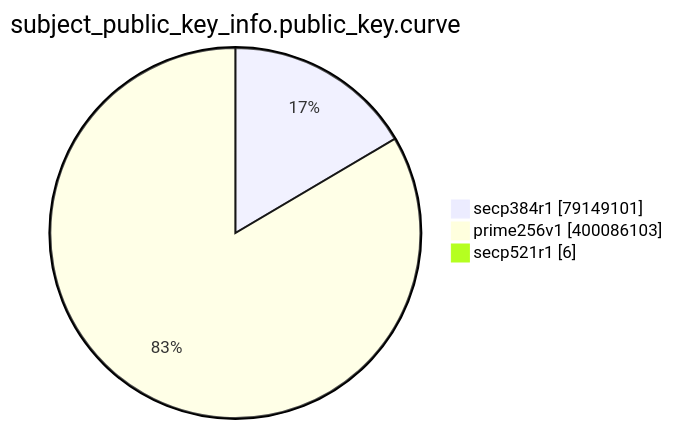
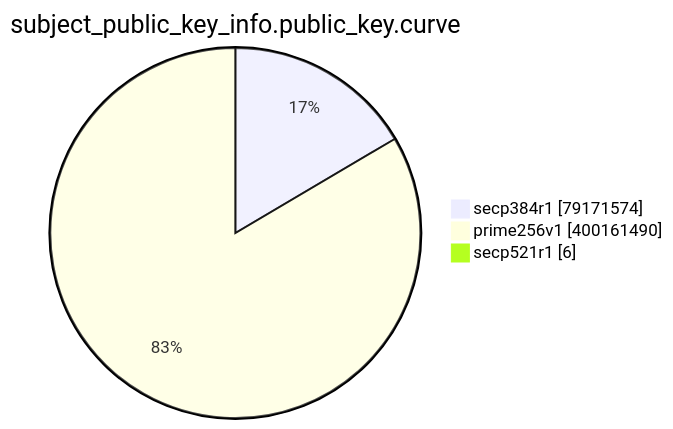
Before and after one commit to christiankrug/ctmonitor_visualization: the eighth of 15 diagrams in TOTAL/README.md, drawn with Mermaid. The commit also changed other lines of this file, not shown here.

````diff
--- a/TOTAL/README.md
+++ b/TOTAL/README.md
@@ -3095,7 +3095,7 @@
 ```mermaid
 pie showData
 title subject_public_key_info.public_key.curve
-"secp384r1" :79149101
-"prime256v1" :400086103
+"secp384r1" :79171574
+"prime256v1" :400161490
 "secp521r1" :6
 ```
````
